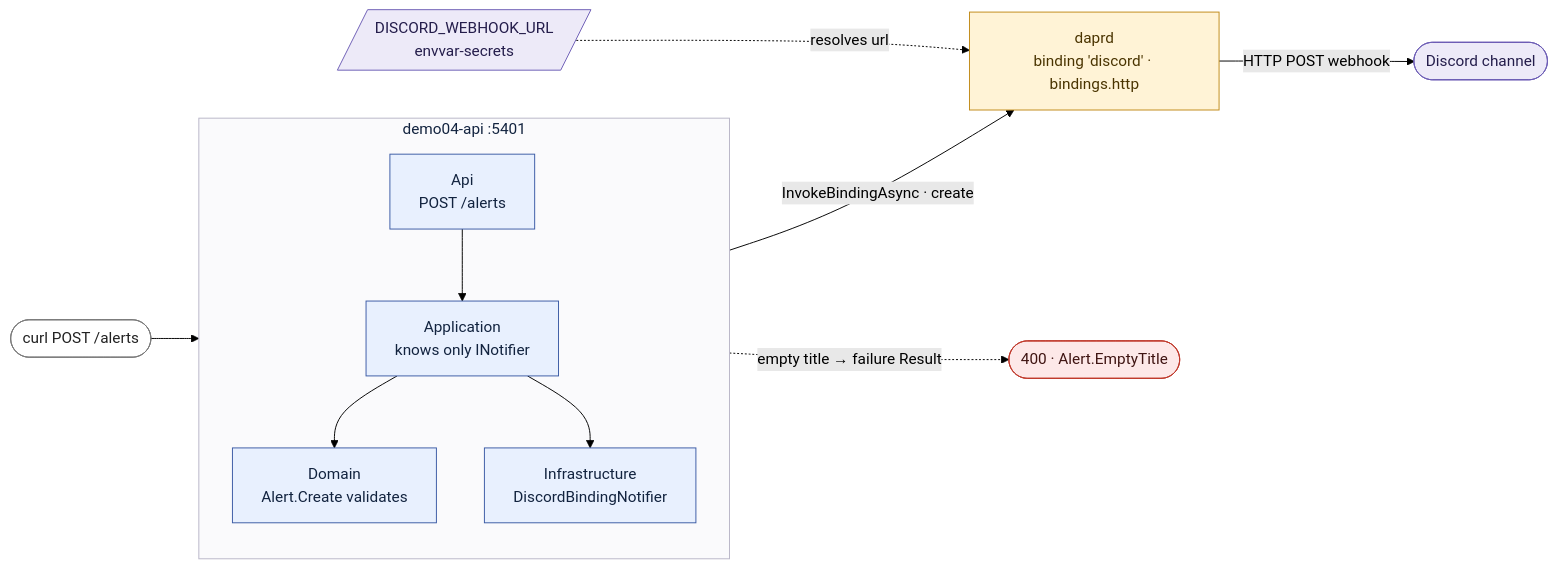
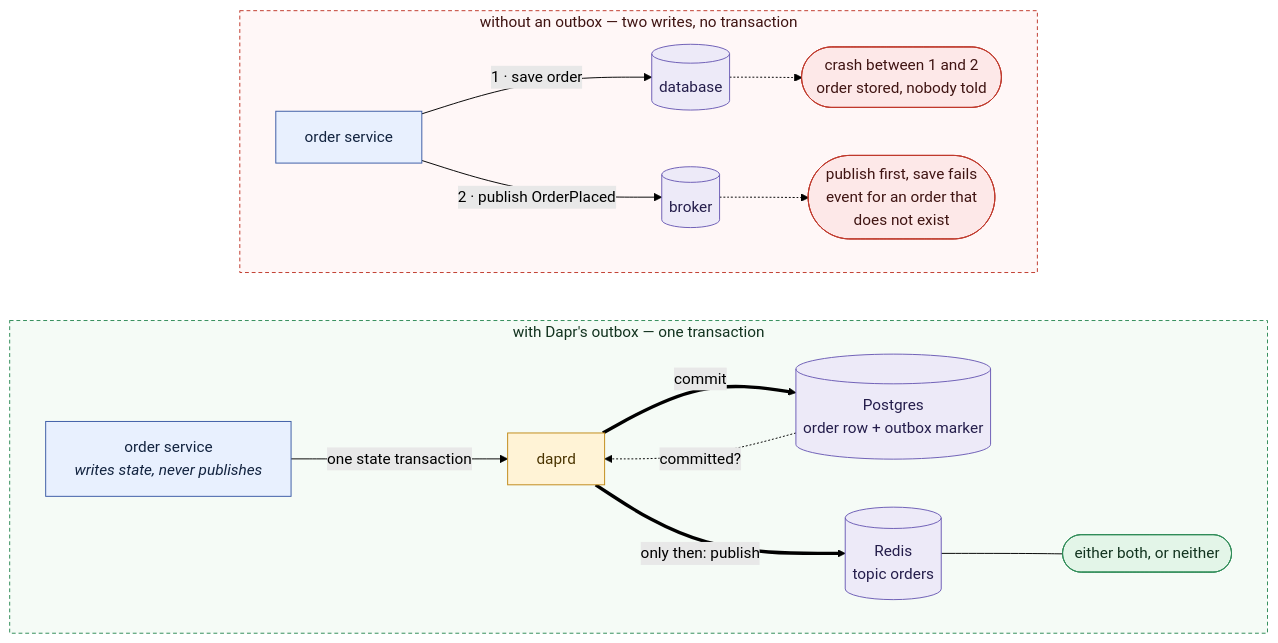
The fourth of 5 diagrams in docs/diagrams.md (LRozeboom/DaprDemo), drawn with Mermaid (forest theme) before and after one commit. The commit also changed other lines of this file and 52 other files, not shown here.

Commit message:
Feat: first version of transactional outbox

````diff
--- a/docs/diagrams.md
+++ b/docs/diagrams.md
@@ -104,32 +107,39 @@
 ```mermaid
-flowchart LR
-    C(["curl POST /alerts"]):::client
-
-    subgraph API["demo04-api :5401"]
-        direction TB
-        E["Api<br/>POST /alerts"]:::app
-        H["Application<br/>knows only INotifier"]:::app
-        DM["Domain<br/>Alert.Create validates"]:::app
-        I["Infrastructure<br/>DiscordBindingNotifier"]:::app
-        E --> H
-        H --> DM
-        H --> I
+flowchart TB
+    subgraph BAD["without an outbox — two writes, no transaction"]
+        direction LR
+        A1["order service"]:::app
+        D1[("database")]:::ext
+        B1[("broker")]:::ext
+        A1 -->|"1 · save order"| D1
+        A1 -->|"2 · publish OrderPlaced"| B1
+        X1(["crash between 1 and 2<br/>order stored, nobody told"]):::bad
+        X2(["publish first, save fails<br/>event for an order that<br/>does not exist"]):::bad
+        D1 -.-> X1
+        B1 -.-> X2
     end
 
-    S["daprd<br/>binding 'discord' · bindings.http"]:::car
-    W(["Discord channel"]):::ext
-    SEC[/"DISCORD_WEBHOOK_URL<br/>envvar-secrets"/]:::ext
-    BAD(["400 · Alert.EmptyTitle"]):::bad
+    subgraph GOOD["with Dapr's outbox — one transaction"]
+        direction LR
+        A2["order service<br/><i>writes state, never publishes</i>"]:::app
+        S2["daprd"]:::car
+        D2[("Postgres<br/>order row + outbox marker")]:::ext
+        B2[("Redis<br/>topic orders")]:::ext
+        A2 -->|"one state transaction"| S2
+        S2 ==>|"commit"| D2
+        D2 -.->|"committed?"| S2
+        S2 ==>|"only then: publish"| B2
+        OK(["either both, or neither"]):::good
+        B2 --- OK
+    end
 
-    C --> E
-    I -->|"InvokeBindingAsync · create"| S -->|"HTTP POST webhook"| W
-    SEC -.->|"resolves url"| S
-    DM -.->|"empty title → failure Result"| BAD
+    BAD ~~~ GOOD
 
     classDef app fill:#E8F0FE,stroke:#3B5BA5,color:#12233F
     classDef car fill:#FFF3D6,stroke:#C08A18,color:#4A3400
     classDef ext fill:#EDEAF8,stroke:#6C5CB5,color:#241D4B
-    classDef client fill:#FFFFFF,stroke:#7A7A7A,color:#222222
+    classDef good fill:#E3F5E8,stroke:#2E8B57,color:#12331F
     classDef bad fill:#FDE8E8,stroke:#C0392B,color:#3F1412
-    style API fill:#FAFAFC,stroke:#B9B6C8,color:#12233F
+    style BAD fill:#FFF7F7,stroke:#C0392B,stroke-dasharray:4 3,color:#3F1412
+    style GOOD fill:#F5FBF6,stroke:#2E8B57,stroke-dasharray:4 3,color:#12331F
 ```
````
